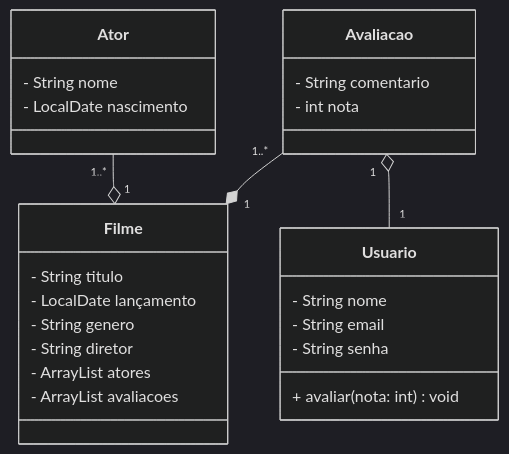
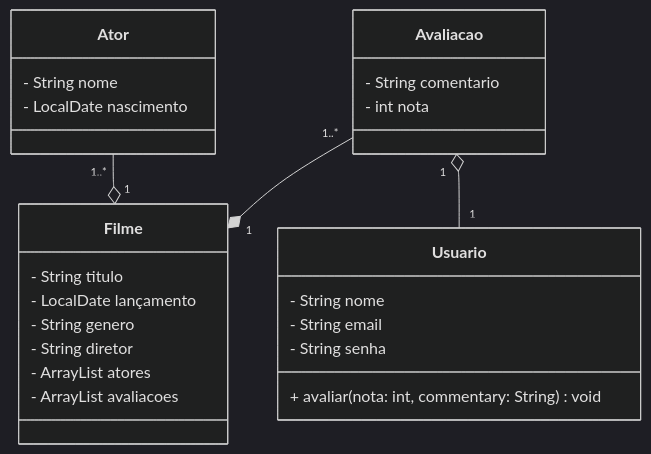
The diagram in lab-04/app/src/main/java/engtelecom/poo/README2.md (Aluno55/POO), drawn with Mermaid (dark theme) before and after one commit. The commit also changed other lines of this file and 3 other files, not shown here.

````diff
--- a/lab-04/app/src/main/java/engtelecom/poo/README2.md
+++ b/lab-04/app/src/main/java/engtelecom/poo/README2.md
@@ -1,28 +1,29 @@
 ```mermaid
 classDiagram
     class Filme{
         - String titulo
         - LocalDate lançamento
         - String genero
         - String diretor
         - ArrayList <Ator> atores
-        - ArrayList<Avaliacao> avaliacoes
+        - ArrayList <Avaliacao> avaliacoes
     }
     class Ator{
         - String nome
         - LocalDate nascimento
     }
     class Avaliacao{
         - String comentario
         - int nota
+
     }
     Ator "1..*"--o"1" Filme
     Avaliacao "1..*"--*"1" Filme
     Avaliacao "1"o--"1" Usuario
     class Usuario{
         - String nome
         - String email
         - String senha
-        + avaliar(nota: int) void
+        + avaliar(nota: int, commentary: String) void
     }
 ```
````
